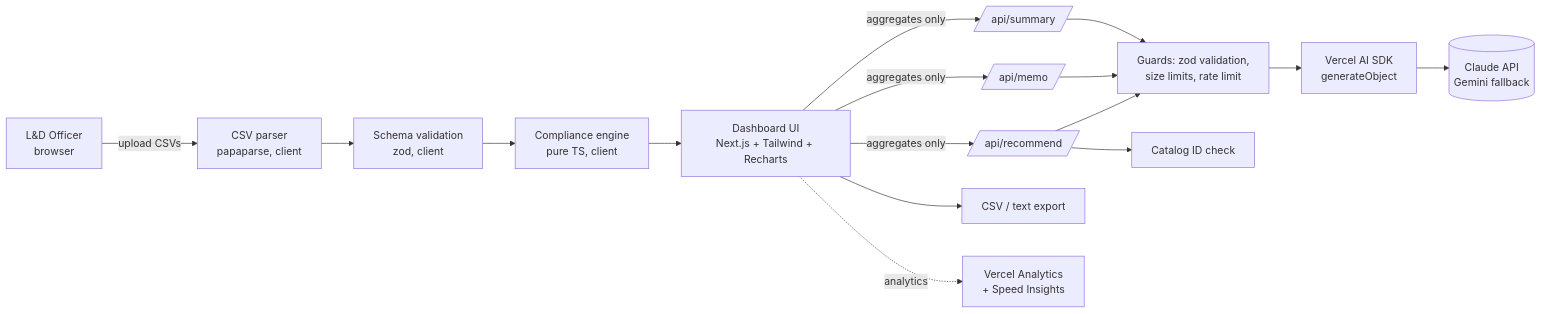
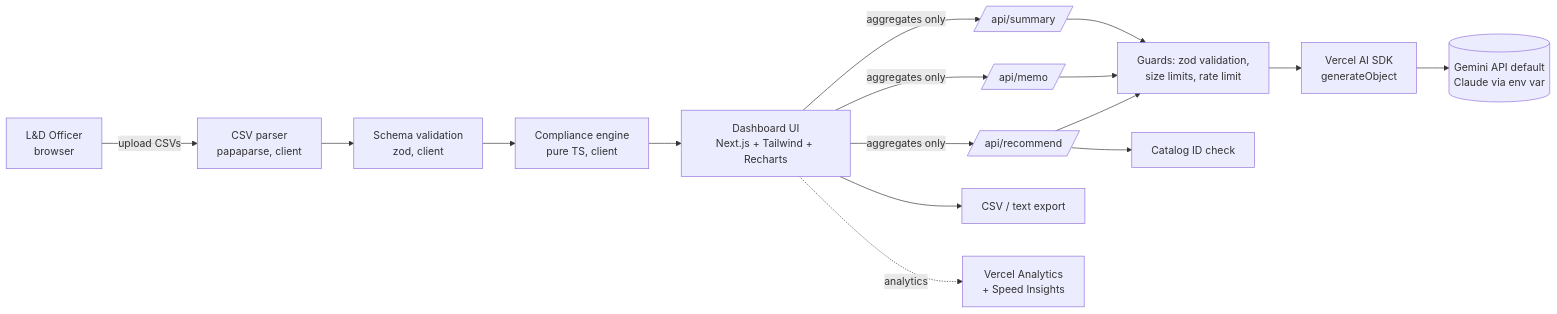
Before and after one commit to Chris-GottaGit5hub/training-compliance-radar: the diagram in docs/architecture.md, drawn with Mermaid. The commit also changed other lines of this file and 4 other files, not shown here.

````diff
--- a/docs/architecture.md
+++ b/docs/architecture.md
@@ -10,16 +10,16 @@
 ```mermaid
 flowchart LR
   U[L&D Officer<br/>browser] -->|upload CSVs| P[CSV parser<br/>papaparse, client]
   P --> V[Schema validation<br/>zod, client]
   V --> E[Compliance engine<br/>pure TS, client]
   E --> D[Dashboard UI<br/>Next.js + Tailwind + Recharts]
   D -->|aggregates only| A1[/api/recommend/]
   D -->|aggregates only| A2[/api/memo/]
   D -->|aggregates only| A3[/api/summary/]
   A1 & A2 & A3 --> G[Guards: zod validation,<br/>size limits, rate limit]
   G --> L[Vercel AI SDK<br/>generateObject]
-  L --> C[(Claude API<br/>Gemini fallback)]
+  L --> C[(Gemini API default<br/>Claude via env var)]
   A1 --> K[Catalog ID check]
   D --> X[CSV / text export]
   D -. analytics .-> M[Vercel Analytics<br/>+ Speed Insights]
 ```
````
